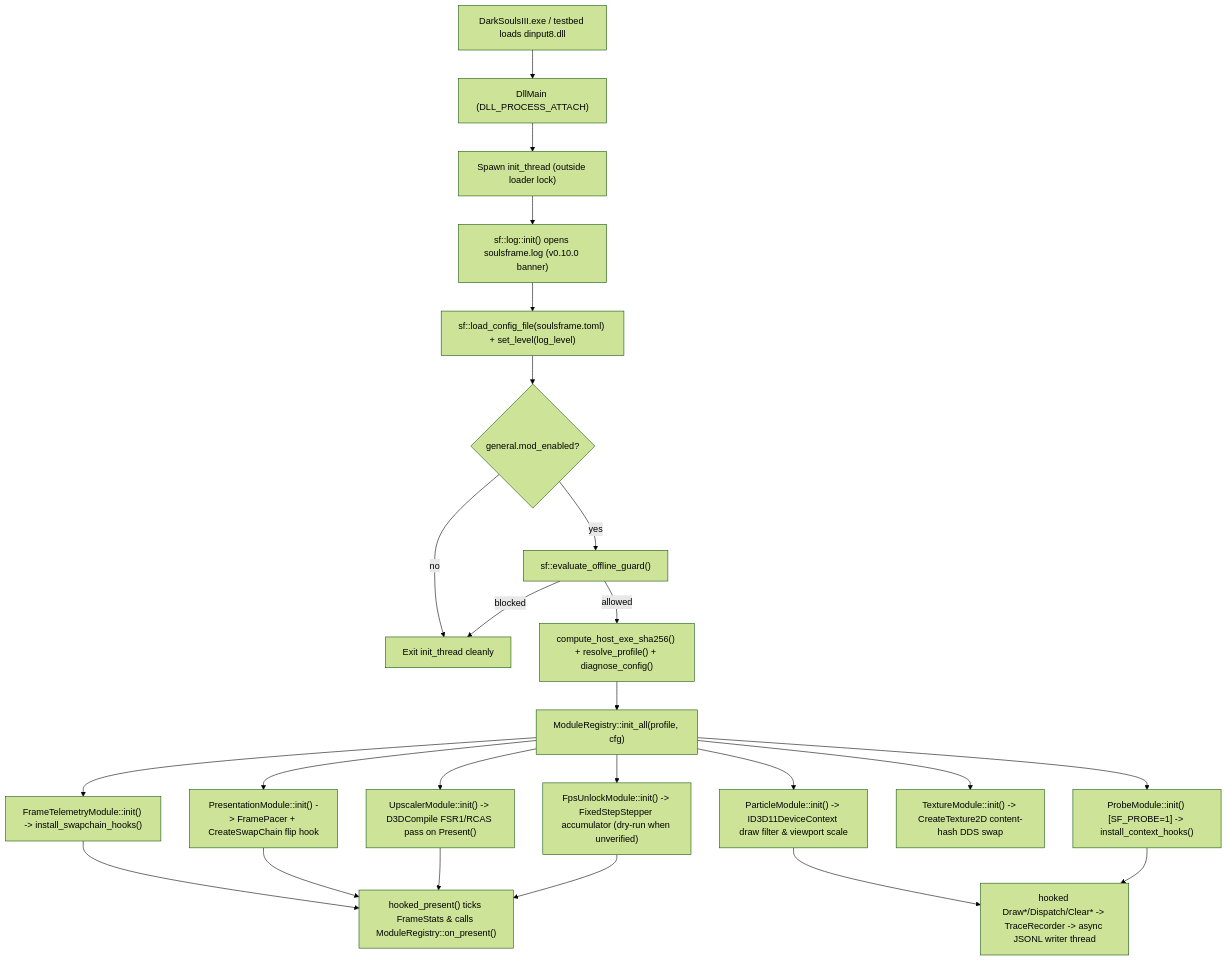
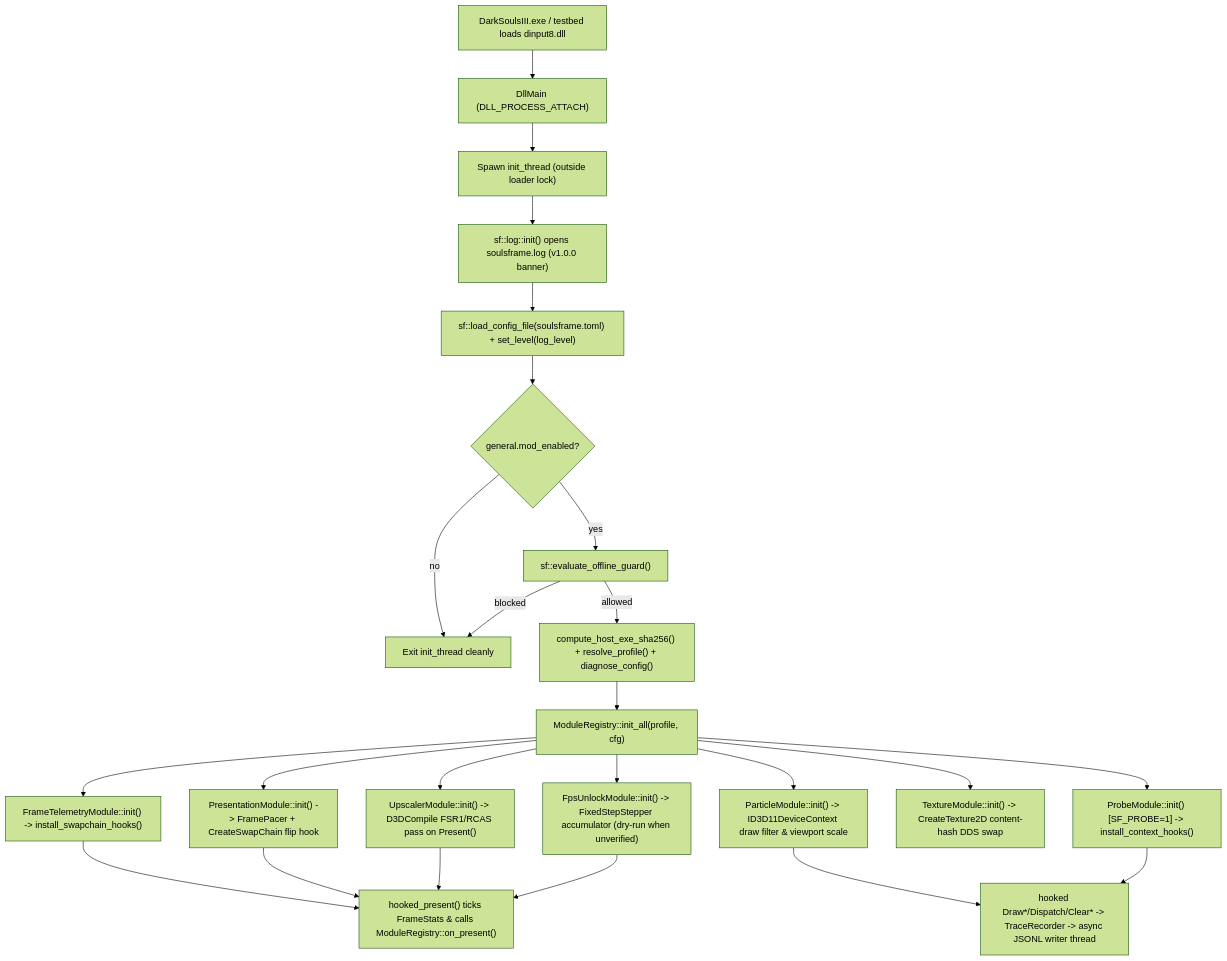
The diagram in docs/09-codebase-reference.md (hazalkoom/soulsframe), drawn with Mermaid (forest theme) before and after one commit. The commit also changed other lines of this file and 12 other files, not shown here.

````diff
--- a/docs/09-codebase-reference.md
+++ b/docs/09-codebase-reference.md
@@ -7,26 +7,26 @@
 ```mermaid
 flowchart TD
   A["DarkSoulsIII.exe / testbed loads dinput8.dll"] --> B["DllMain (DLL_PROCESS_ATTACH)"]
   B --> C["Spawn init_thread (outside loader lock)"]
-  C --> D["sf::log::init() opens soulsframe.log (v0.10.0 banner)"]
+  C --> D["sf::log::init() opens soulsframe.log (v1.0.0 banner)"]
   D --> E["sf::load_config_file(soulsframe.toml) + set_level(log_level)"]
   E --> F{"general.mod_enabled?"}
   F -- no --> Z["Exit init_thread cleanly"]
   F -- yes --> G["sf::evaluate_offline_guard()"]
   G -- blocked --> Z
   G -- allowed --> H["compute_host_exe_sha256() + resolve_profile() + diagnose_config()"]
   H --> I["ModuleRegistry::init_all(profile, cfg)"]
   I --> J["FrameTelemetryModule::init() -> install_swapchain_hooks()"]
   I --> M["PresentationModule::init() -> FramePacer + CreateSwapChain flip hook"]
   I --> N["ParticleModule::init() -> ID3D11DeviceContext draw filter & viewport scale"]
   I --> U["UpscalerModule::init() -> D3DCompile FSR1/RCAS pass on Present()"]
   I --> F8["FpsUnlockModule::init() -> FixedStepStepper accumulator (dry-run when unverified)"]
   I --> T["TextureModule::init() -> CreateTexture2D content-hash DDS swap"]
   I --> P["ProbeModule::init() [SF_PROBE=1] -> install_context_hooks()"]
   J --> K["hooked_present() ticks FrameStats & calls ModuleRegistry::on_present()"]
   M --> K
   U --> K
   F8 --> K
   N --> L
   P --> L["hooked Draw*/Dispatch/Clear* -> TraceRecorder -> async JSONL writer thread"]
 ```
````
